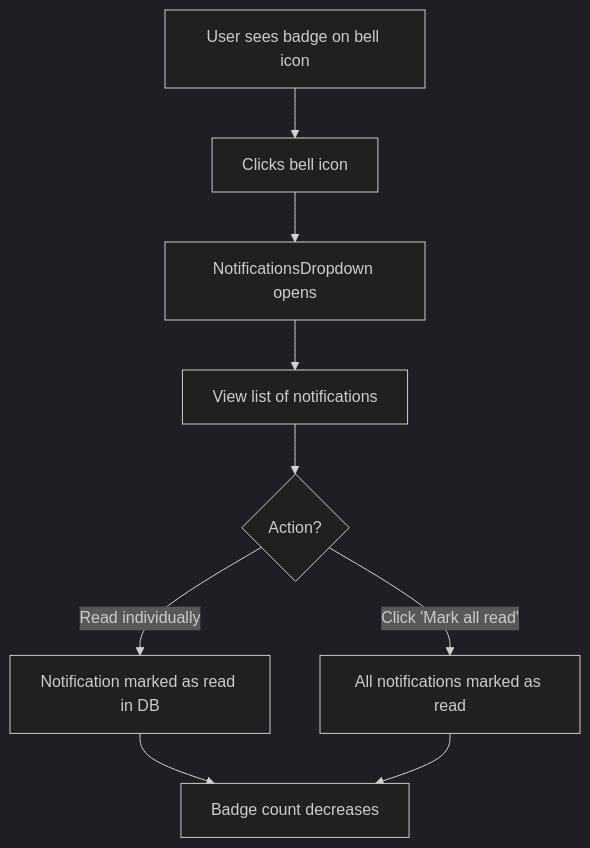
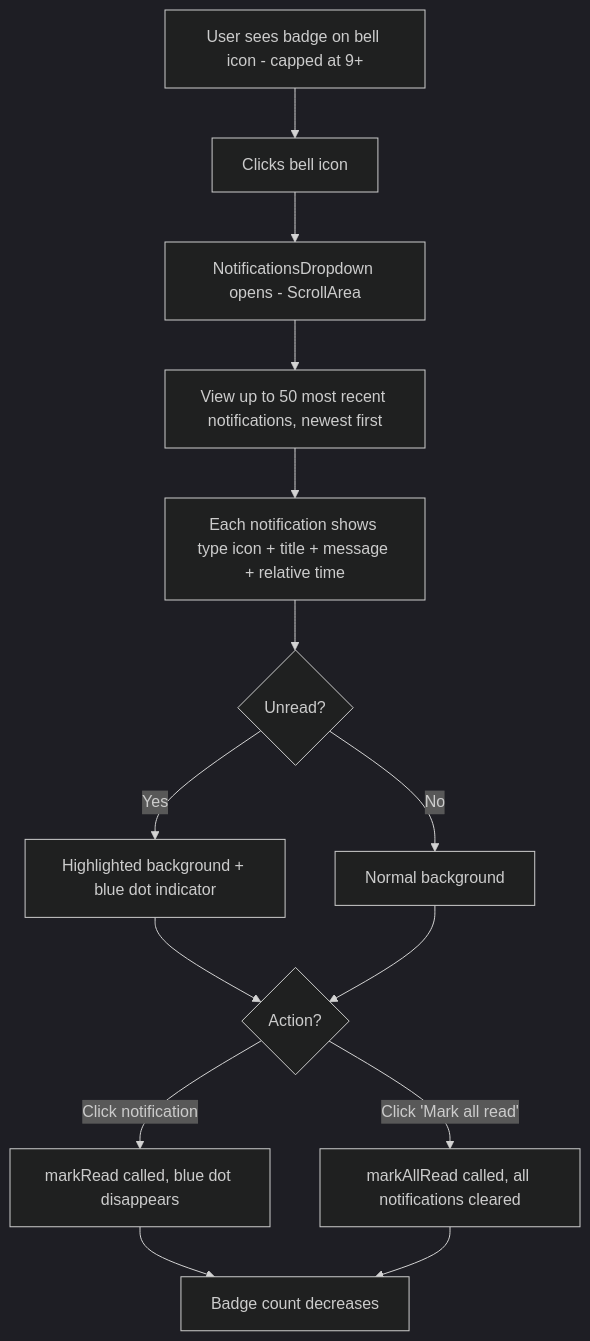
One commit to PrakritOjha/flowlink-tasks changed diagram 20 of 31 in userflow.md. Above: the diagram before and after it, drawn with Mermaid (dark theme). The commit also changed other lines of this file and 4 other files, not shown here.

First line of the commit message:
feat: Update user flow documentation with detailed steps for account creation, sign in, and board management

````diff
--- a/userflow.md
+++ b/userflow.md
@@ -207,11 +317,16 @@
 ```mermaid
 flowchart TD
-    A[User sees badge on bell icon] --> B[Clicks bell icon]
-    B --> C[NotificationsDropdown opens]
-    C --> D[View list of notifications]
-    D --> E{Action?}
-    E -- Read individually --> F[Notification marked as read in DB]
-    E -- Click 'Mark all read' --> G[All notifications marked as read]
-    F --> H[Badge count decreases]
-    G --> H
+    A[User sees badge on bell icon - capped at 9+] --> B[Clicks bell icon]
+    B --> C[NotificationsDropdown opens - ScrollArea]
+    C --> D[View up to 50 most recent notifications, newest first]
+    D --> E[Each notification shows type icon + title + message + relative time]
+    E --> F{Unread?}
+    F -- Yes --> G[Highlighted background + blue dot indicator]
+    F -- No --> H[Normal background]
+    G --> I{Action?}
+    H --> I
+    I -- Click notification --> J[markRead called, blue dot disappears]
+    I -- Click 'Mark all read' --> K[markAllRead called, all notifications cleared]
+    J --> L[Badge count decreases]
+    K --> L
 ```
````
